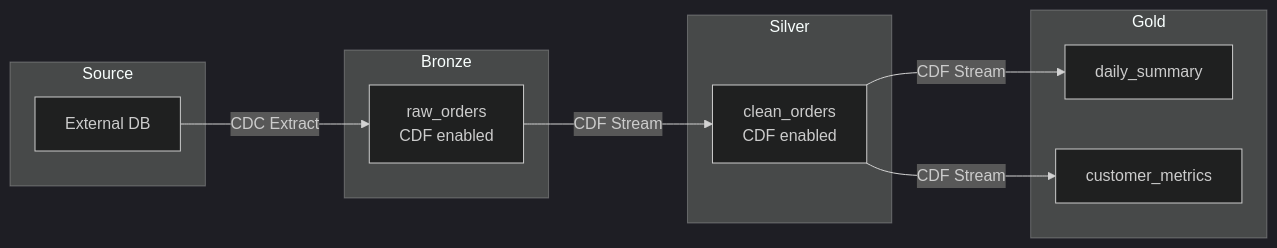
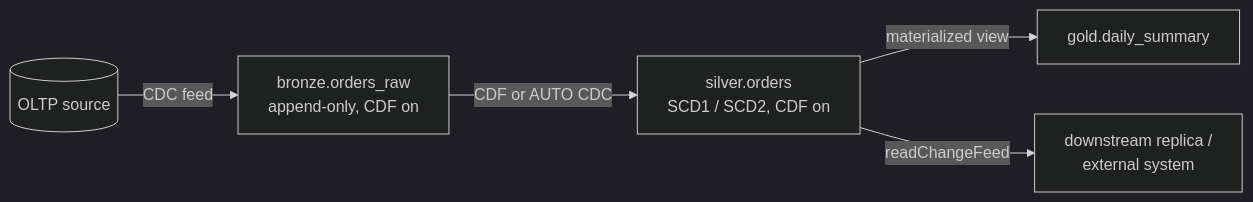
Before and after one commit to kengio/databricks-certification-study-guide: the diagram in certifications/data-engineer-professional/02-data-ingestion-and-acquisition/04-change-data-capture-part2.md, drawn with Mermaid (dark theme). The commit also changed other lines of this file and 108 other files, not shown here.

````diff
--- a/certifications/data-engineer-professional/02-data-ingestion-and-acquisition/04-change-data-capture-part2.md
+++ b/certifications/data-engineer-professional/02-data-ingestion-and-acquisition/04-change-data-capture-part2.md
@@ -179,19 +134,7 @@
 ```mermaid
 flowchart LR
-    subgraph Source
-        S[External DB]
-    end
-
-    subgraph Bronze
-        S -->|CDC Extract| B[raw_orders<br>CDF enabled]
-    end
-
-    subgraph Silver
-        B -->|CDF Stream| SV[clean_orders<br>CDF enabled]
-    end
-
-    subgraph Gold
-        SV -->|CDF Stream| G1[daily_summary]
-        SV -->|CDF Stream| G2[customer_metrics]
-    end
+    Src[(OLTP source)] -->|CDC feed| B[bronze.orders_raw<br>append-only, CDF on]
+    B -->|CDF or AUTO CDC| S[silver.orders<br>SCD1 / SCD2, CDF on]
+    S -->|materialized view| G1[gold.daily_summary]
+    S -->|readChangeFeed| G2[downstream replica /<br>external system]
 ```
````
